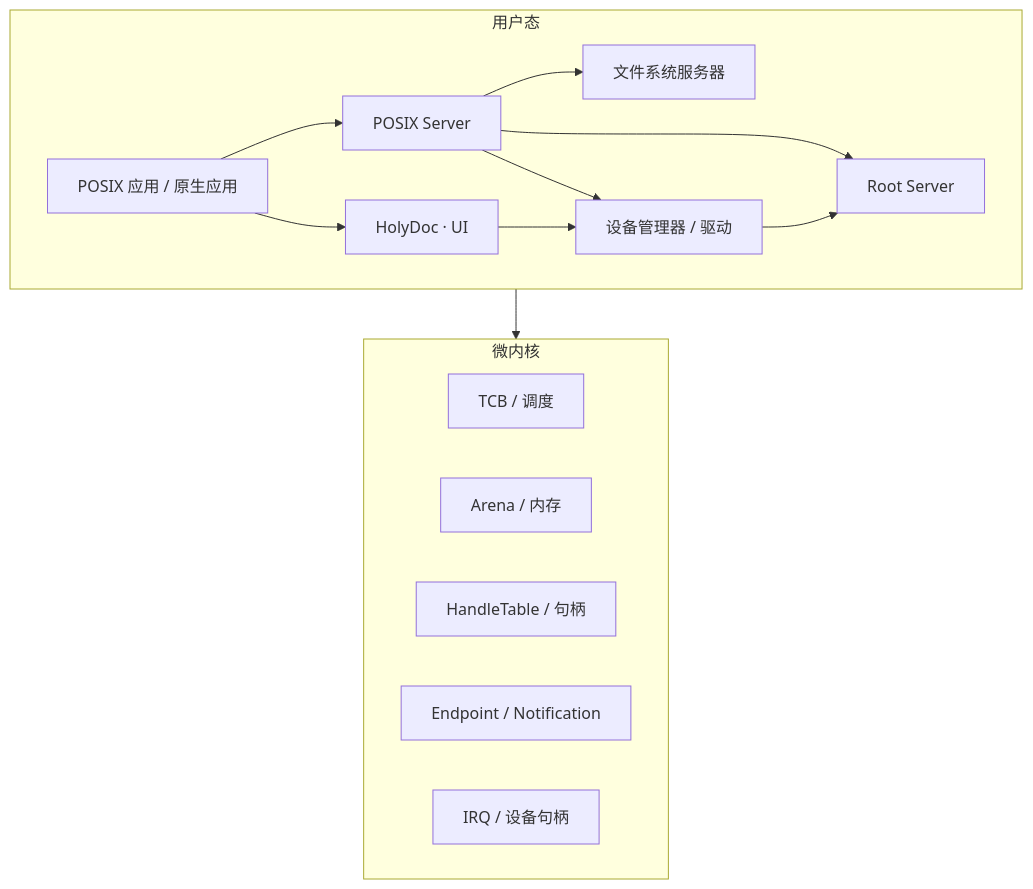
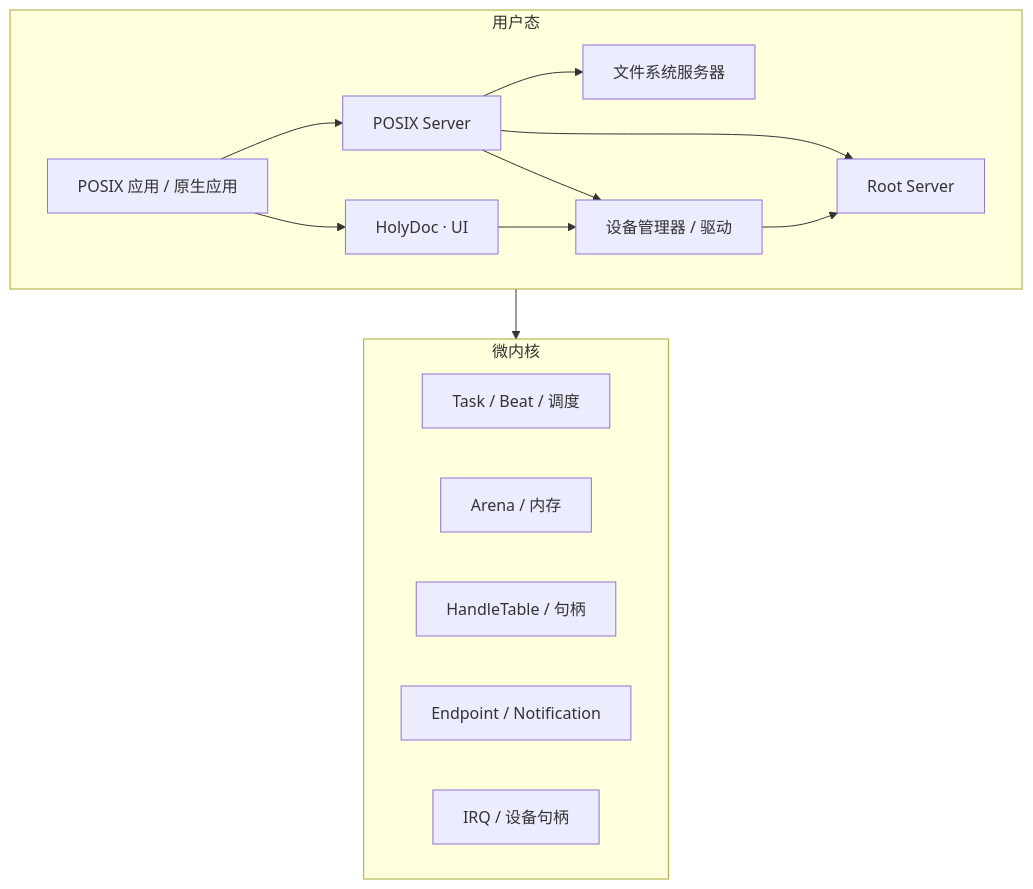
Before and after one commit to hongweifei/HolyKernel: the diagram in docs/charter.md, drawn with Mermaid. The commit also changed other lines of this file and 30 other files, not shown here.

````diff
--- a/docs/charter.md
+++ b/docs/charter.md
@@ -11,26 +11,26 @@
 ```mermaid
 flowchart TB
     subgraph User["用户态"]
         Apps["POSIX 应用 / 原生应用"]
         POSIX["POSIX Server"]
         FS["文件系统服务器"]
         Drivers["设备管理器 / 驱动"]
         Root["Root Server"]
         Native["HolyDoc · UI"]
     end
     subgraph Kernel["微内核"]
-        TCB["TCB / 调度"]
+        TCB["Task / Beat / 调度"]
         Arena["Arena / 内存"]
         HandleTable["HandleTable / 句柄"]
         IPC["Endpoint / Notification"]
         IRQ["IRQ / 设备句柄"]
     end
     Apps --> POSIX
     Apps --> Native
     POSIX --> FS
     POSIX --> Drivers
     POSIX --> Root
     Native --> Drivers
     Drivers --> Root
     User --> Kernel
 ```
````
